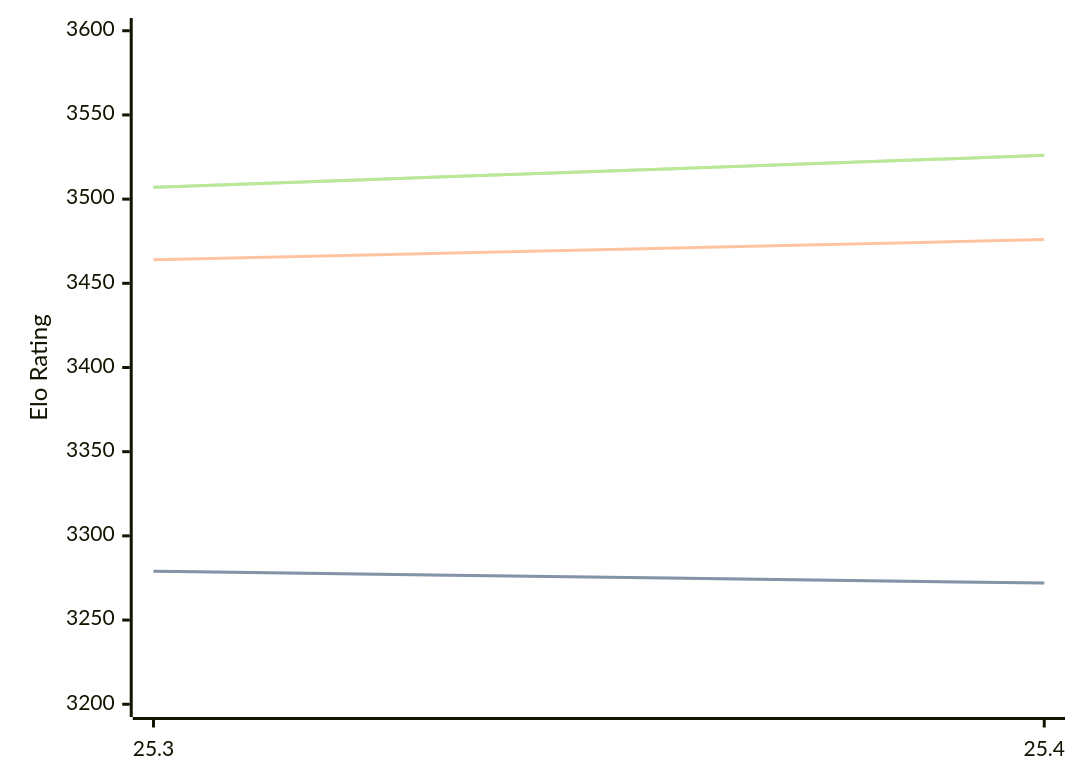
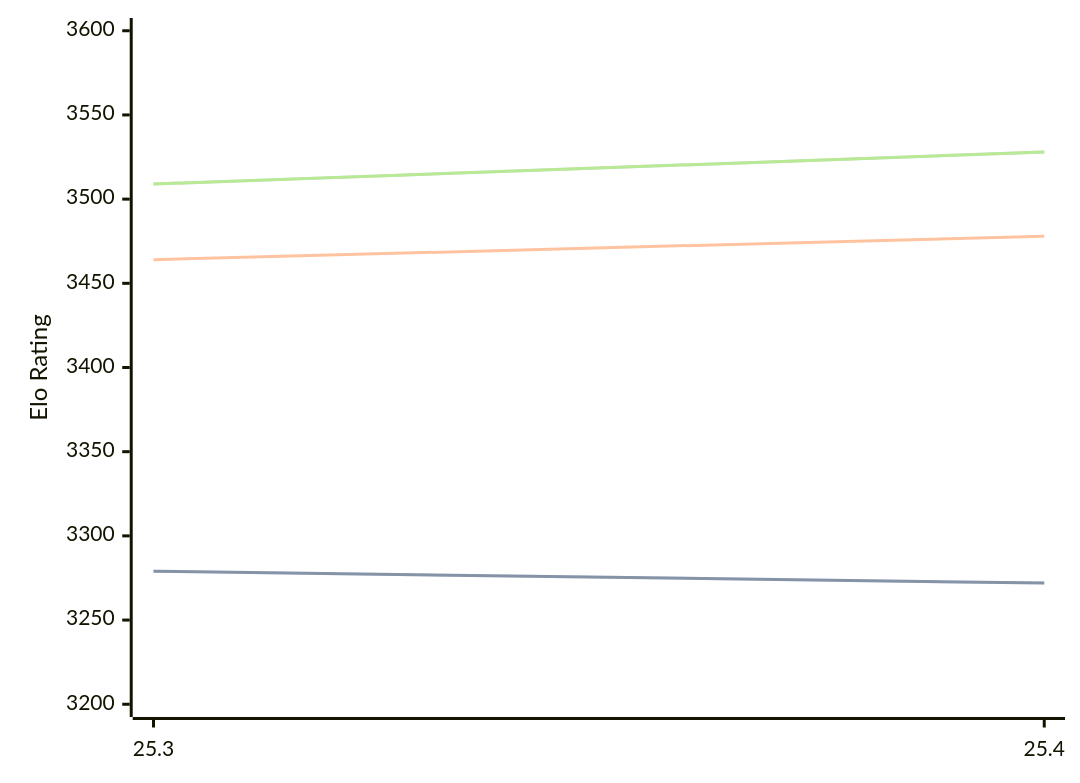
One commit to computer-chess-index/cci changed the diagram in engines/Arasan.md. Above: the diagram before and after it, drawn with Mermaid. The commit also changed other lines of this file, not shown here.

Commit message:
Update CCI Ratings (ELO VLTC) - 2026-04-27

````diff
--- a/engines/Arasan.md
+++ b/engines/Arasan.md
@@ -33,11 +33,11 @@
 ```mermaid
 %%{init: {"theme":"base","themeVariables":{"seriesColors:['#a3a3a3','#222221','#faa371']}}}%%
 xychart-beta
   x-axis ["25.3", "25.4"]
   y-axis "Elo Rating" 3200 --> 3600
   line "STC (8.0+0.08s)" [3279, 3272]
   line "STC (8.0+0.08s)" [3279, 3272]
-  line "LTC (60.0+0.60s)" [3464, 3476]
-  line "VLTC (2m24s+1.12s)" [3507, 3526]
-  line "VLTC (2m24s+1.12s)" [3507, 3526]
+  line "LTC (60.0+0.60s)" [3464, 3478]
+  line "VLTC (2m24s+1.12s)" [3509, 3528]
+  line "VLTC (2m24s+1.12s)" [3509, 3528]
 ```
````
